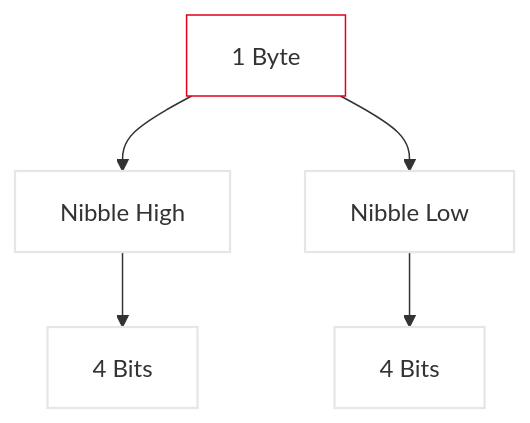
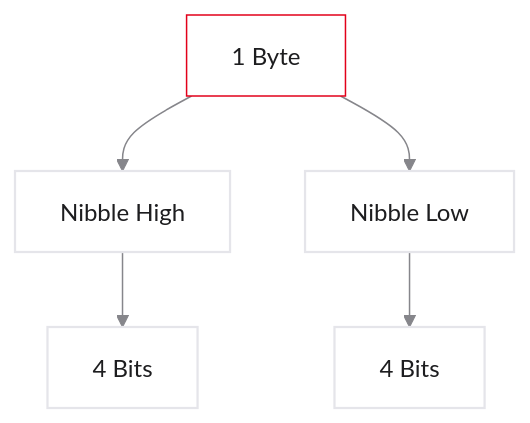
The seventh of 26 diagrams in vorlesungen/01_kickoff.qmd (dantschi/mct1), drawn with Mermaid before and after one commit. The commit also changed other lines of this file and 21 other files, not shown here.

First line of the commit message:
Behebe Handout-PDF: AND-Symbol, Mermaid-Farben und Randüberlauf.

````diff
--- a/vorlesungen/01_kickoff.qmd
+++ b/vorlesungen/01_kickoff.qmd
@@ -265,12 +277,14 @@
 ```{mermaid}
+%%| fig-width: 5.2
+%%{init: {'theme': 'base', 'themeVariables': {'background': '#FFFFFF', 'primaryColor': '#FFFFFF', 'primaryBorderColor': '#E5E5EA', 'primaryTextColor': '#1D1D1F', 'lineColor': '#86868B', 'secondaryColor': '#F5F5F7', 'tertiaryColor': '#FFFFFF', 'mainBkg': '#FFFFFF', 'nodeBorder': '#E5E5EA', 'clusterBkg': '#F5F5F7', 'clusterBorder': '#E5E5EA', 'titleColor': '#1D1D1F', 'edgeLabelBackground': '#FFFFFF'}}}%%
 graph TD
   A[1 Byte] --> B[Nibble High]
   A --> C[Nibble Low]
   B --> D[4 Bits]
   C --> E[4 Bits]
   style A fill:#FFFFFF,stroke:#E2001A,stroke-width:2px !important
   style B fill:#FFFFFF,stroke:#E5E5EA,stroke-width:1.5px
   style C fill:#FFFFFF,stroke:#E5E5EA,stroke-width:1.5px
   style D fill:#FFFFFF,stroke:#E5E5EA,stroke-width:1.5px
   style E fill:#FFFFFF,stroke:#E5E5EA,stroke-width:1.5px
 ```
````
